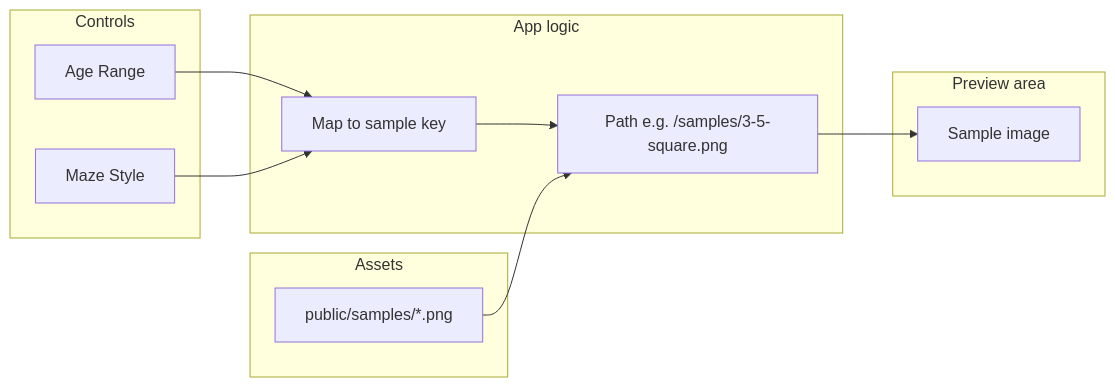
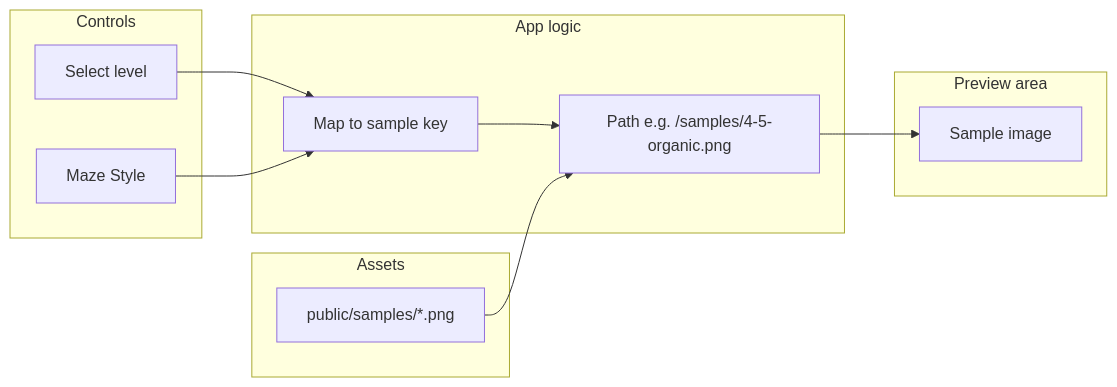
The diagram in .cursor/plans/sample_preview_right_panel_742d0869.plan.md (makernik/MazeMaker), drawn with Mermaid before and after one commit. The commit also changed other lines of this file, not shown here.

````diff
--- a/.cursor/plans/sample_preview_right_panel_742d0869.plan.md
+++ b/.cursor/plans/sample_preview_right_panel_742d0869.plan.md
@@ -53,22 +52,22 @@
 ```mermaid
 flowchart LR
   subgraph controls [Controls]
-    AgeRange[Age Range]
+    Level[Select level]
     MazeStyle[Maze Style]
   end
   subgraph logic [App logic]
     Map[Map to sample key]
-    Path["Path e.g. /samples/3-5-square.png"]
+    Path["Path e.g. /samples/4-5-organic.png"]
   end
   subgraph assets [Assets]
     Files[public/samples/*.png]
   end
   subgraph ui [Preview area]
     Img[Sample image]
   end
-  AgeRange --> Map
+  Level --> Map
   MazeStyle --> Map
   Map --> Path
   Path --> Img
   Files --> Path
 ```
````
